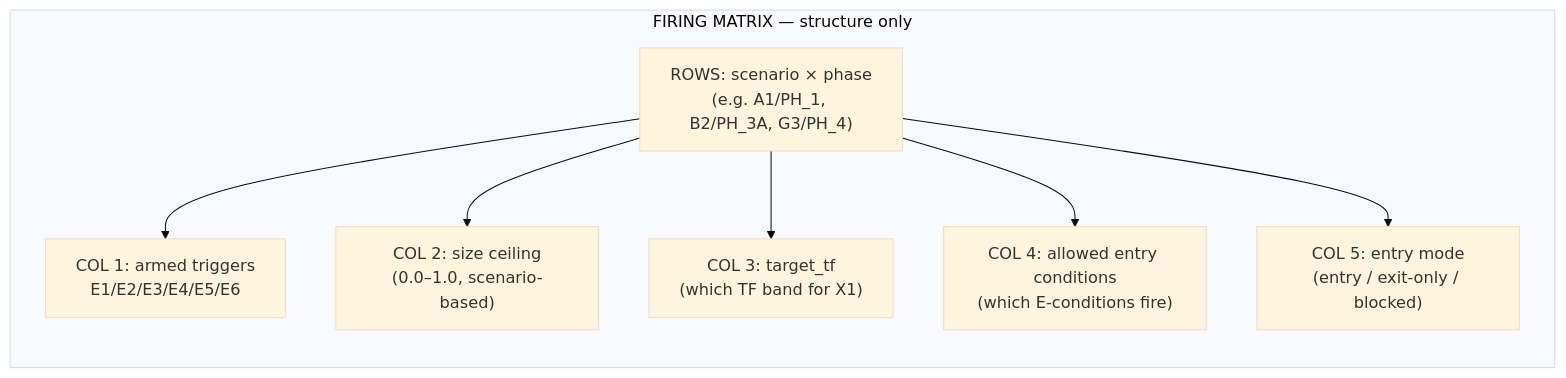
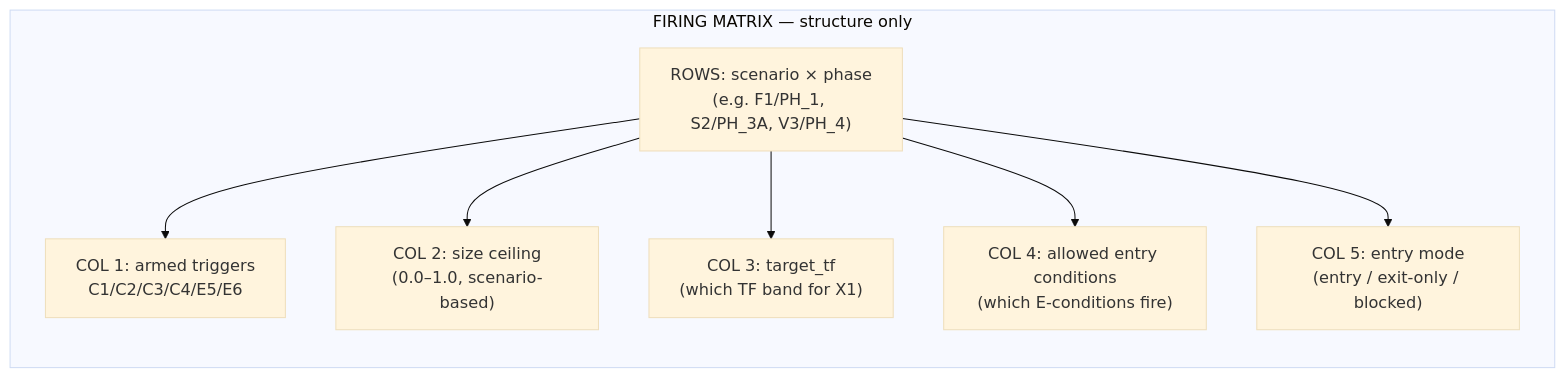
Diagram 19 of 19 in references/ARCHITECTURE.md (Terrypang89/BB_MTF_M15_STRATEGY), drawn with Mermaid (base theme) before and after one commit. The commit also changed other lines of this file and 12 other files, not shown here.

````diff
--- a/references/ARCHITECTURE.md
+++ b/references/ARCHITECTURE.md
@@ -1371,17 +1371,17 @@
 ```mermaid
 flowchart LR
     subgraph MATRIX["FIRING MATRIX — structure only"]
-        Rows["ROWS: scenario × phase<br/>(e.g. A1/PH_1, B2/PH_3A, G3/PH_4)"]
-        C1["COL 1: armed triggers<br/>E1/E2/E3/E4/E5/E6"]
-        C2["COL 2: size ceiling<br/>(0.0–1.0, scenario-based)"]
-        C3["COL 3: target_tf<br/>(which TF band for X1)"]
+        Rows["ROWS: scenario × phase<br/>(e.g. F1/PH_1, S2/PH_3A, V3/PH_4)"]
+        R1["COL 1: armed triggers<br/>C1/C2/C3/C4/E5/E6"]
+        R2["COL 2: size ceiling<br/>(0.0–1.0, scenario-based)"]
+        R3["COL 3: target_tf<br/>(which TF band for X1)"]
         C4["COL 4: allowed entry conditions<br/>(which E-conditions fire)"]
         C5["COL 5: entry mode<br/>(entry / exit-only / blocked)"]
     end
 
-    Rows --> C1
-    Rows --> C2
-    Rows --> C3
+    Rows --> R1
+    Rows --> R2
+    Rows --> R3
     Rows --> C4
     Rows --> C5
 ```
````
